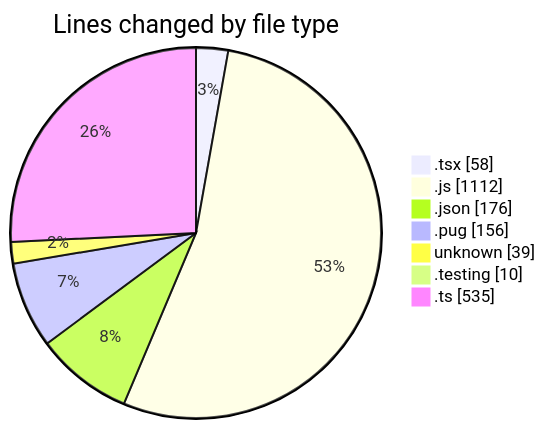
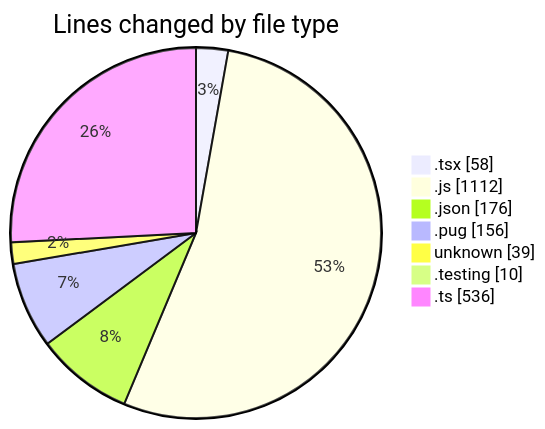
One commit to momahboobian/code-tracking changed the first of 2 diagrams in 2025-03-07/cda/README.md. Above: the diagram before and after it, drawn with Mermaid. The commit also changed other lines of this file and 1 other file, not shown here.

````diff
--- a/2025-03-07/cda/README.md
+++ b/2025-03-07/cda/README.md
@@ -34,11 +34,11 @@
 ```mermaid
 pie showData
 title Lines changed by file type
 ".tsx" : 58
 ".js" : 1112
 ".json" : 176
 ".pug" : 156
 "unknown" : 39
 ".testing" : 10
-".ts" : 535
+".ts" : 536
 ```
````
